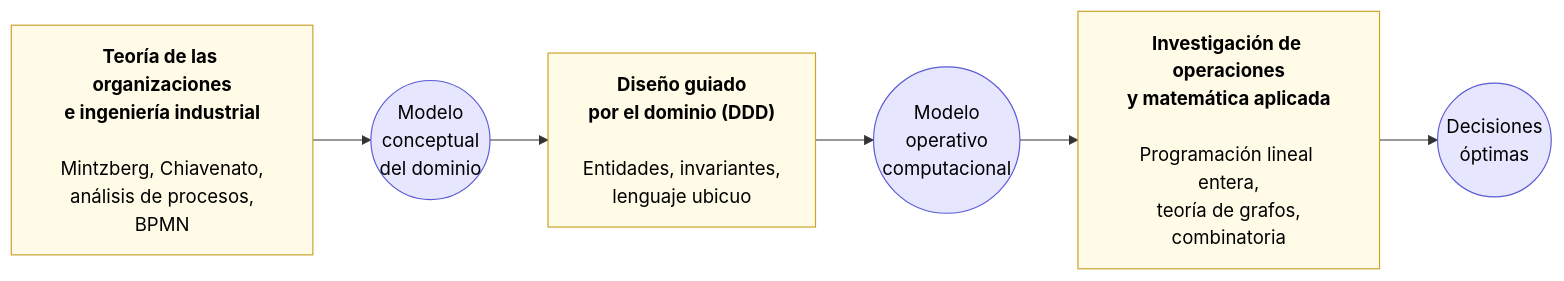
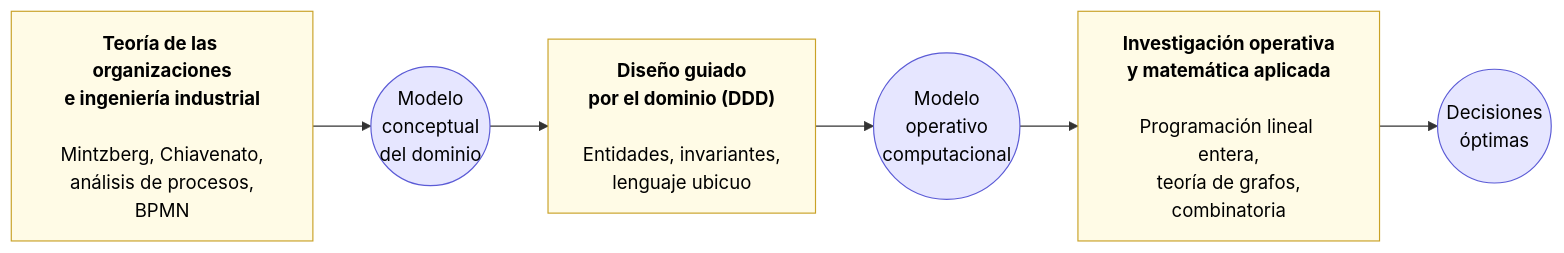
One commit to l-antonelli/gestor-aulas changed the diagram in project/Informe/cap02_marco_teorico.md. Above: the diagram before and after it, drawn with Mermaid. The commit also changed other lines of this file and 14 other files, not shown here.

````diff
--- a/project/Informe/cap02_marco_teorico.md
+++ b/project/Informe/cap02_marco_teorico.md
@@ -17,17 +17,17 @@
 ```mermaid
 flowchart LR
     C1["<b>Teoría de las organizaciones<br/>e ingeniería industrial</b><br/><br/>Mintzberg, Chiavenato,<br/>análisis de procesos,<br/>BPMN"]
     C2["<b>Diseño guiado<br/>por el dominio (DDD)</b><br/><br/>Entidades, invariantes,<br/>lenguaje ubicuo"]
-    C3["<b>Investigación de operaciones<br/>y matemática aplicada</b><br/><br/>Programación lineal entera,<br/>teoría de grafos,<br/>combinatoria"]
+    C3["<b>Investigación operativa<br/>y matemática aplicada</b><br/><br/>Programación lineal entera,<br/>teoría de grafos,<br/>combinatoria"]
 
     P1(("Modelo<br/>conceptual<br/>del dominio"))
     P2(("Modelo<br/>operativo<br/>computacional"))
     P3(("Decisiones<br/>óptimas"))
 
     C1 --> P1 --> C2 --> P2 --> C3 --> P3
 
     classDef body fill:#fffbe6,stroke:#c9a227,color:#000
     classDef prod fill:#e6e6ff,stroke:#5b5bd6,color:#000
     class C1,C2,C3 body
     class P1,P2,P3 prod
 ```
````
